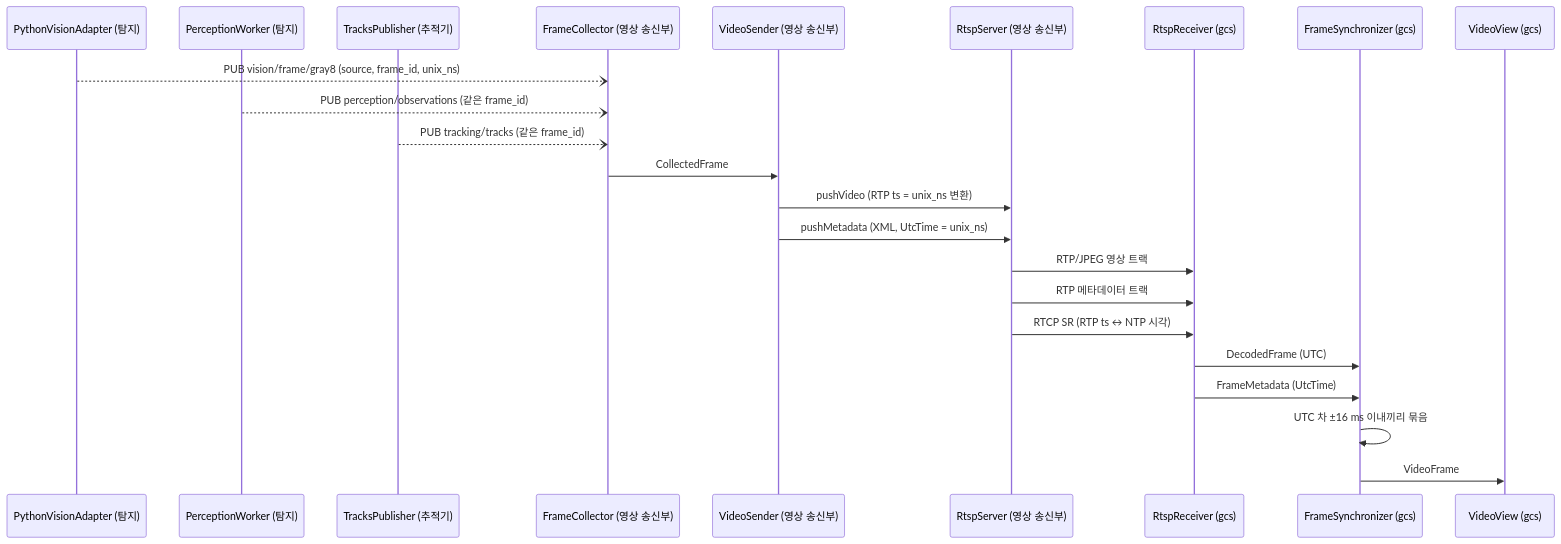
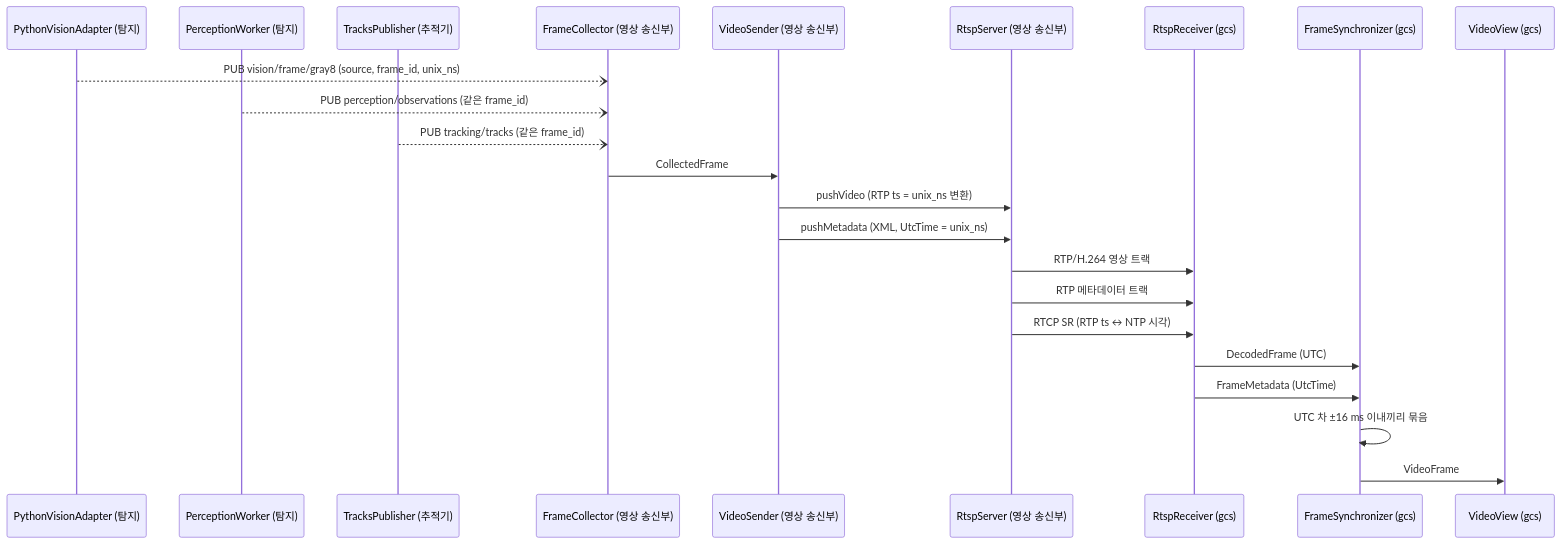
Before and after one commit to lig-argus/argus-edge-vision: the third of 4 diagrams in docs/design/uml/sequence.md, drawn with Mermaid. The commit also changed 30 other files, not shown here.

````diff
--- a/docs/design/uml/sequence.md
+++ b/docs/design/uml/sequence.md
@@ -89,26 +89,26 @@
 ```mermaid
 sequenceDiagram
     participant fp as PythonVisionAdapter (탐지)
     participant op as PerceptionWorker (탐지)
     participant tp as TracksPublisher (추적기)
     participant mj as FrameCollector (영상 송신부)
     participant vs as VideoSender (영상 송신부)
     participant rs as RtspServer (영상 송신부)
     participant rr as RtspReceiver (gcs)
     participant fs as FrameSynchronizer (gcs)
     participant view as VideoView (gcs)
 
     fp--)mj: PUB vision/frame/gray8 (source, frame_id, unix_ns)
     op--)mj: PUB perception/observations (같은 frame_id)
     tp--)mj: PUB tracking/tracks (같은 frame_id)
     mj->>vs: CollectedFrame
     vs->>rs: pushVideo (RTP ts = unix_ns 변환)
     vs->>rs: pushMetadata (XML, UtcTime = unix_ns)
-    rs->>rr: RTP/JPEG 영상 트랙
+    rs->>rr: RTP/H.264 영상 트랙
     rs->>rr: RTP 메타데이터 트랙
     rs->>rr: RTCP SR (RTP ts ↔ NTP 시각)
     rr->>fs: DecodedFrame (UTC)
     rr->>fs: FrameMetadata (UtcTime)
     fs->>fs: UTC 차 ±16 ms 이내끼리 묶음
     fs->>view: VideoFrame
 ```
````
